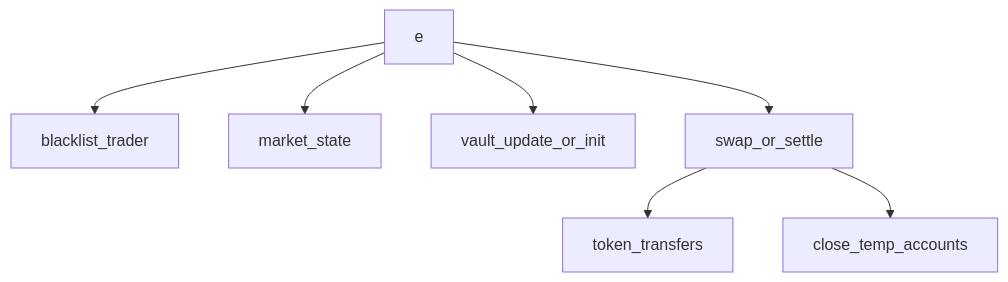
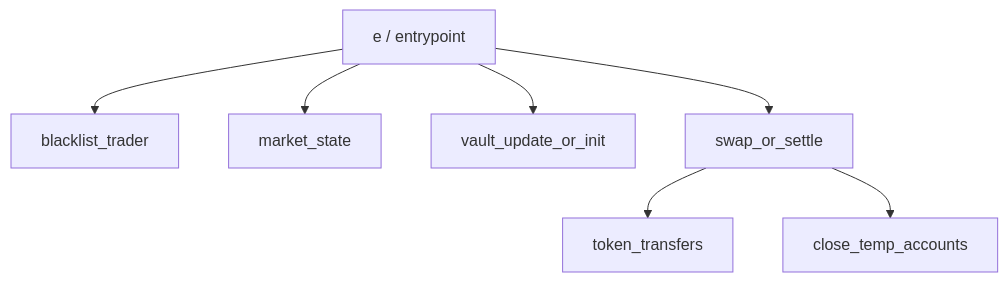
Before and after one commit to taixiansen2/contract_analysis: the second of 3 diagrams in reports/20260414-PropAMM合约收集报告.md, drawn with Mermaid. The commit also changed other lines of this file, not shown here.

````diff
--- a/reports/20260414-PropAMM合约收集报告.md
+++ b/reports/20260414-PropAMM合约收集报告.md
@@ -136,17 +87,10 @@
 ```mermaid
 flowchart TD
-    entryE[e]
-    blacklist[blacklist_trader]
-    market[market_state]
-    vault[vault_update_or_init]
-    swapSettle[swap_or_settle]
-    closeTemp[close_temp_accounts]
-    tokenTransfer[token_transfers]
-
-    entryE --> blacklist
-    entryE --> market
-    entryE --> vault
-    entryE --> swapSettle
-    swapSettle --> tokenTransfer
-    swapSettle --> closeTemp
+    entryE[e / entrypoint] --> blacklist[blacklist_trader]
+    entryE --> market[market_state]
+    entryE --> vault[vault_update_or_init]
+    entryE --> swapSettle[swap_or_settle]
+    
+    swapSettle --> tokenTransfer[token_transfers]
+    swapSettle --> closeTemp[close_temp_accounts]
 ```
````
